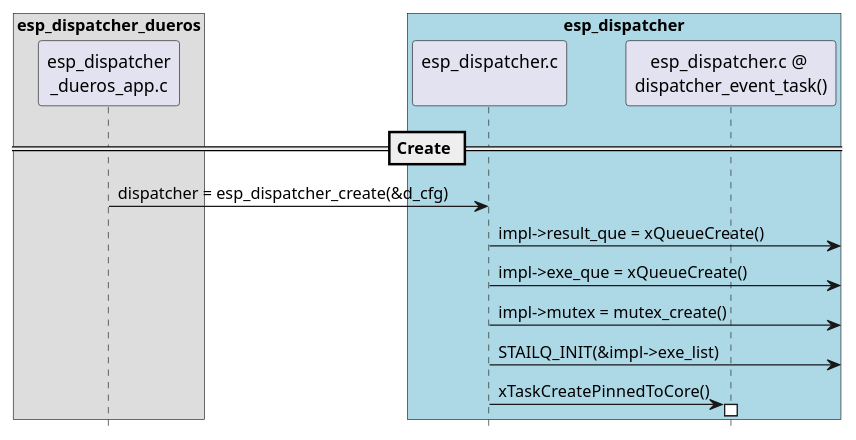
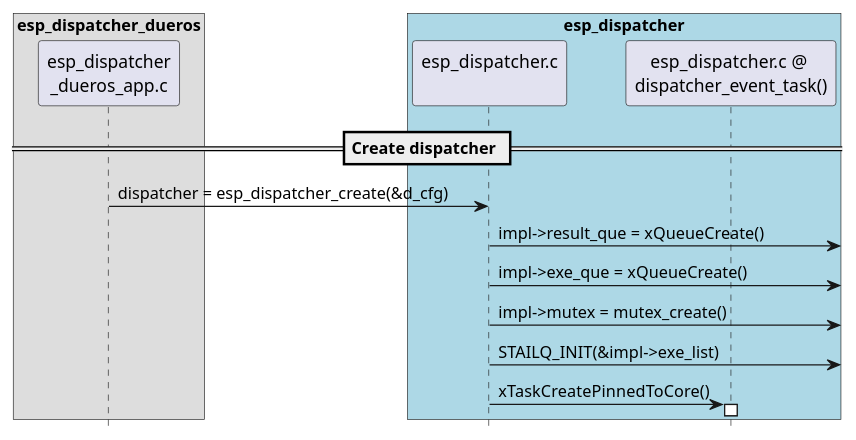
One commit to liangzhu2008/learn-esp-adf changed the second of 5 diagrams in docs/inside-dispatcher/esp_dispatcher.rst. Above: the diagram before and after it, drawn with PlantUML. The commit also changed other lines of this file and 2 other files, not shown here.

```diff
--- a/docs/inside-dispatcher/esp_dispatcher.rst
+++ b/docs/inside-dispatcher/esp_dispatcher.rst
@@ -73,22 +77,22 @@
 .. uml::
 
     hide footbox
 
     box "esp_dispatcher_dueros"
-    participant "esp_dispatcher\n_dueros_app.c"         as example           order 10
+    participant "esp_dispatcher\n_dueros_app.c"         as adf_app           order 10
     end box
 
     box "esp_dispatcher" #LightBlue
     participant "esp_dispatcher.c\n"                    as dispatcher_comp   order 20
     participant "esp_dispatcher.c @ \ndispatcher_event_task()" as dispatcher_task   order 30
     end box
 
-    == Create ==
-    example -> dispatcher_comp : dispatcher = esp_dispatcher_create(&d_cfg)
+    == Create dispatcher ==
+    adf_app -> dispatcher_comp : dispatcher = esp_dispatcher_create(&d_cfg)
 
     dispatcher_comp ->] : impl->result_que = xQueueCreate()
     dispatcher_comp ->] : impl->exe_que = xQueueCreate()
     dispatcher_comp ->] : impl->mutex = mutex_create()
     dispatcher_comp ->] : STAILQ_INIT(&impl->exe_list)
     dispatcher_comp -> dispatcher_task : xTaskCreatePinnedToCore()
     activate dispatcher_task 
```
